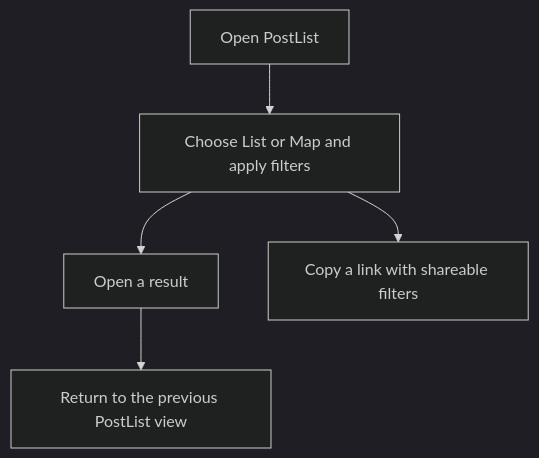
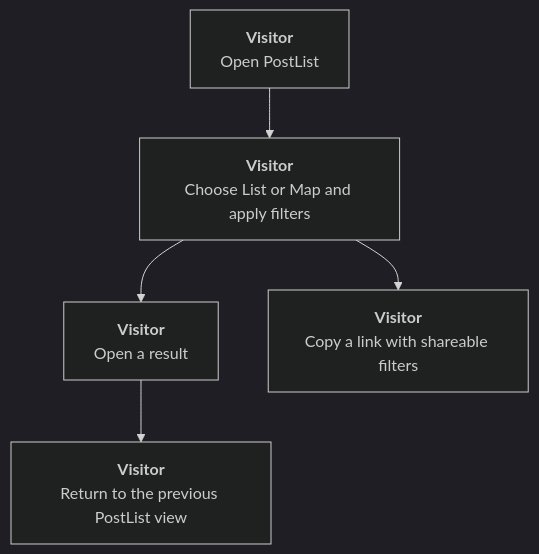
The fifth of 11 diagrams in README.md (ChrisXHLeung/ScaleTag), drawn with Mermaid (dark theme) before and after one commit. The commit also changed other lines of this file and 4 other files, not shown here.

````diff
--- a/README.md
+++ b/README.md
@@ -72,7 +78,7 @@
 ```mermaid
 flowchart TD
-    A["Open PostList"] --> B["Choose List or Map and apply filters"]
-    B --> C["Open a result"]
-    C --> D["Return to the previous PostList view"]
-    B --> E["Copy a link with shareable filters"]
+    A["<b>Visitor</b><br/>Open PostList"] --> B["<b>Visitor</b><br/>Choose List or Map and apply filters"]
+    B --> C["<b>Visitor</b><br/>Open a result"]
+    C --> D["<b>Visitor</b><br/>Return to the previous PostList view"]
+    B --> E["<b>Visitor</b><br/>Copy a link with shareable filters"]
 ```
````
